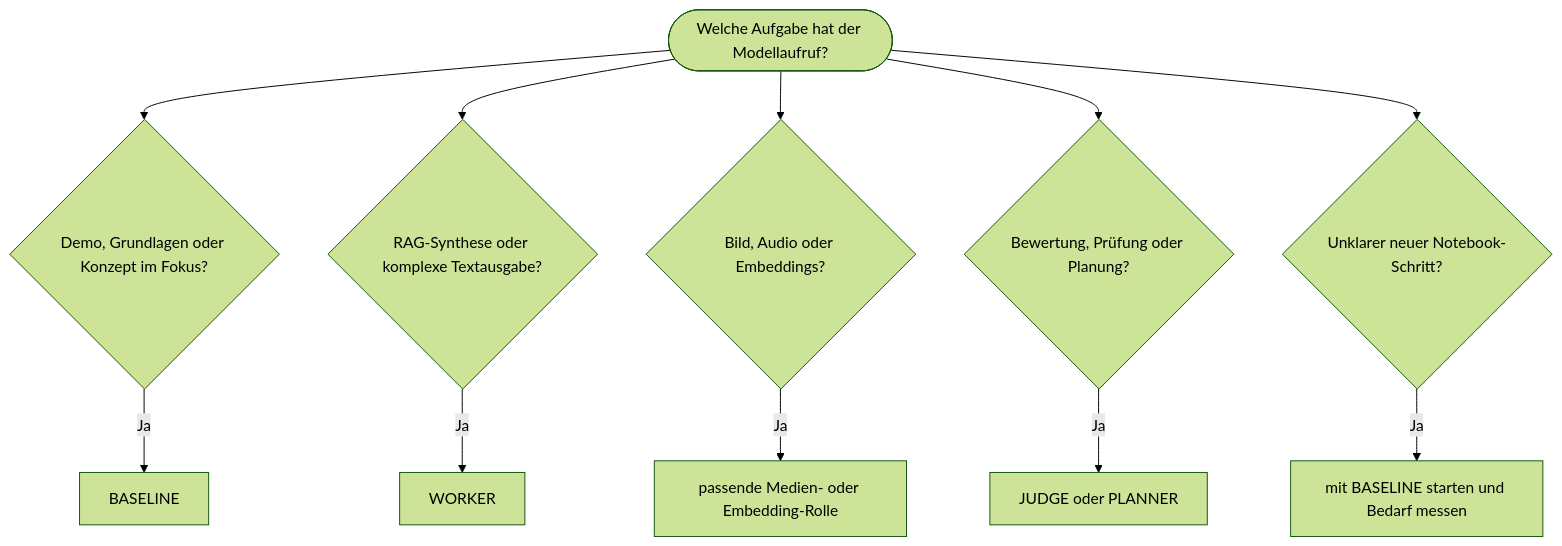
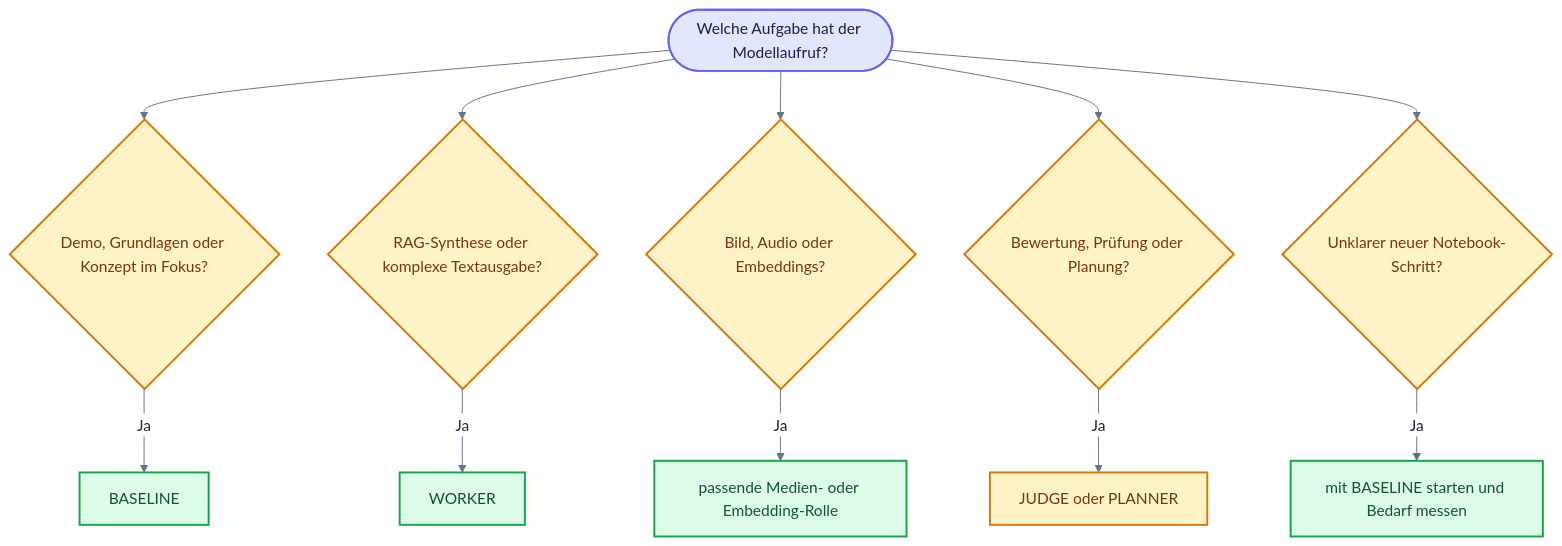
The diagram in docs/04-modelle-provider/modellauswahl.md (ralf-42/GenAI), drawn with Mermaid before and after one commit. The commit also changed 25 other files, not shown here.

````diff
--- a/docs/04-modelle-provider/modellauswahl.md
+++ b/docs/04-modelle-provider/modellauswahl.md
@@ -97,17 +97,42 @@
 ```mermaid
-%%{init: {'theme':'forest'}}%%
+---
+config:
+  theme: base
+  look: classic
+  themeVariables:
+    primaryColor: '#e0f2fe'
+    primaryBorderColor: '#0284c7'
+    primaryTextColor: '#1e293b'
+    lineColor: '#64748b'
+    clusterBkg: '#f8fafc'
+    clusterBorder: '#cbd5e1'
+    noteBkgColor: '#fef3c7'
+    noteBorderColor: '#d97706'
+    noteTextColor: '#78350f'
+    edgeLabelBackground: '#ffffff'
+---
+
 flowchart TD
     START(["Welche Aufgabe hat der Modellaufruf?"])
 
     START --> D{"Demo, Grundlagen oder Konzept im Fokus?"}
     START --> R{"RAG-Synthese oder komplexe Textausgabe?"}
     START --> M{"Bild, Audio oder Embeddings?"}
     START --> E{"Bewertung, Prüfung oder Planung?"}
     START --> U{"Unklarer neuer Notebook-Schritt?"}
 
     D -->|Ja| BASE["BASELINE"]
     R -->|Ja| WORKER["WORKER"]
     M -->|Ja| MEDIA["passende Medien- oder Embedding-Rolle"]
     E -->|Ja| JUDGE["JUDGE oder PLANNER"]
     U -->|Ja| STARTBASE["mit BASELINE starten und Bedarf messen"]
+
+%% Funktionsfarben nach Mermaid_Best_Practices.md
+classDef default fill:#e0f2fe,stroke:#0284c7,stroke-width:2px,color:#0c4a6e;
+classDef input fill:#e0e7ff,stroke:#6366f1,stroke-width:2px,color:#1e1b4b;
+classDef metric fill:#fef3c7,stroke:#d97706,stroke-width:2px,color:#78350f;
+classDef output fill:#dcfce7,stroke:#16a34a,stroke-width:2px,color:#14532d;
+class START input;
+class D,R,M,E,U,JUDGE metric;
+class BASE,WORKER,MEDIA,STARTBASE output;
 ```
````
